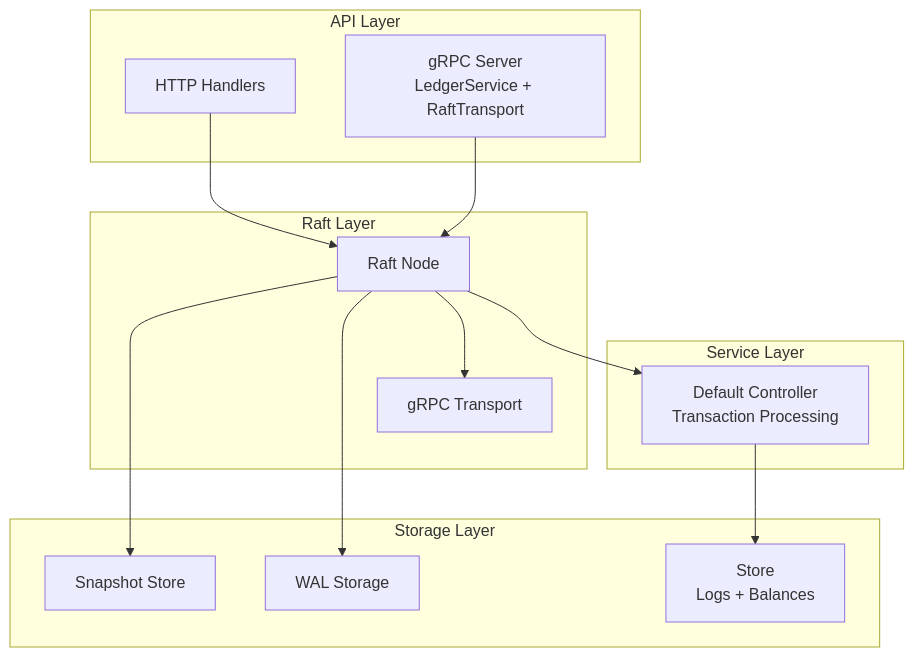
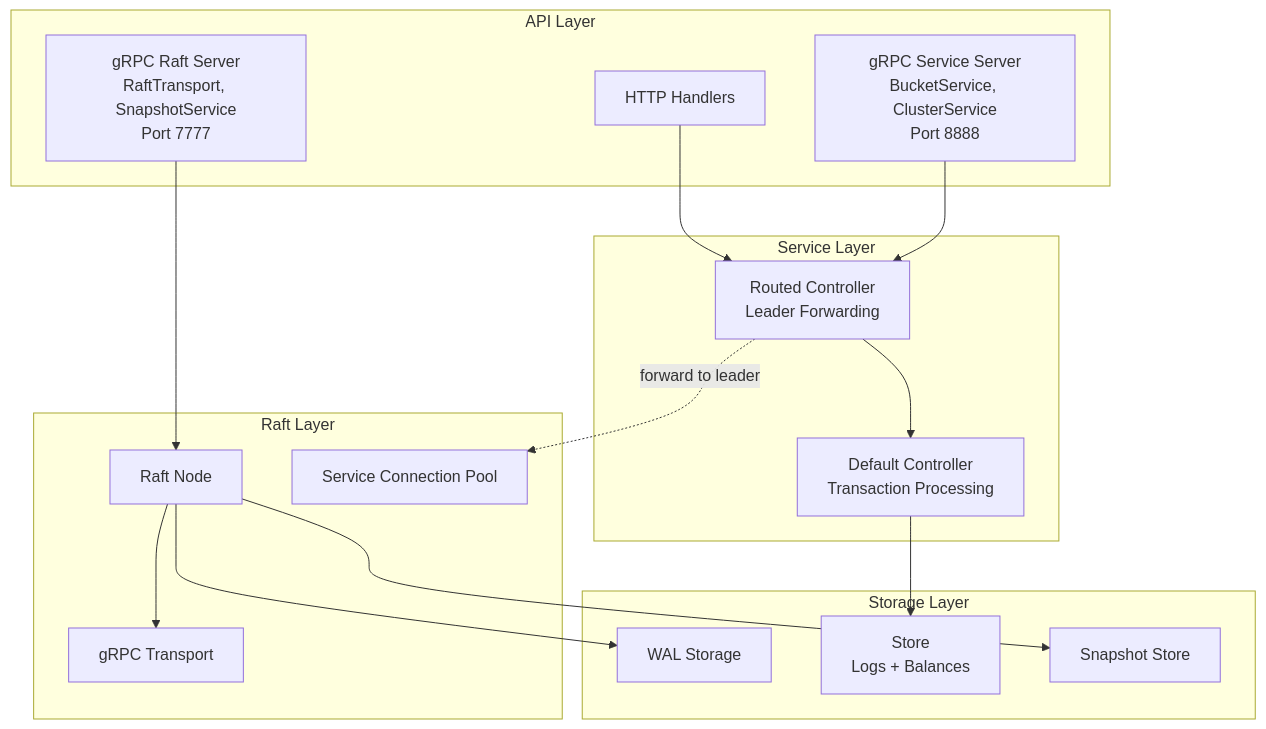
The second of 6 diagrams in docs/architecture/architecture.md (formancehq/ledger), drawn with Mermaid before and after one commit. The commit also changed other lines of this file and 29 other files, not shown here.

````diff
--- a/docs/architecture/architecture.md
+++ b/docs/architecture/architecture.md
@@ -76,32 +87,37 @@
 ```mermaid
 graph TB
     subgraph "API Layer"
         HTTP[HTTP Handlers]
-        GRPC[gRPC Server<br/>LedgerService + RaftTransport]
+        ServiceGRPC[gRPC Service Server<br/>BucketService, ClusterService<br/>Port 8888]
+        RaftGRPC[gRPC Raft Server<br/>RaftTransport, SnapshotService<br/>Port 7777]
     end
     
     subgraph "Service Layer"
         Controller[Default Controller<br/>Transaction Processing]
+        RoutedCtrl[Routed Controller<br/>Leader Forwarding]
     end
     
     subgraph "Raft Layer"
         RaftNode[Raft Node]
         Transport[gRPC Transport]
+        ServicePool[Service Connection Pool]
     end
     
     subgraph "Storage Layer"
         WAL[WAL Storage]
         Store[Store<br/>Logs + Balances]
         Snapshot[Snapshot Store]
     end
     
-    HTTP --> RaftNode
-    GRPC --> RaftNode
-    RaftNode --> Controller
+    HTTP --> RoutedCtrl
+    ServiceGRPC --> RoutedCtrl
+    RoutedCtrl --> Controller
+    RoutedCtrl -.forward to leader.-> ServicePool
     Controller --> Store
     
+    RaftGRPC --> RaftNode
     RaftNode --> Transport
     
     RaftNode --> WAL
     RaftNode --> Snapshot
 ```
````
